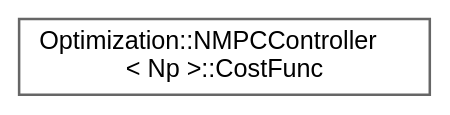
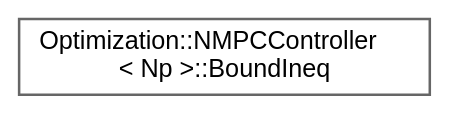
Before and after one commit to jswoo0615/Algorithms_for_Optimization_cpp: the diagram in inherit_graph_38.dot, drawn with Graphviz. The commit also changed 20 other files, not shown here.

```diff
--- a/inherit_graph_38.dot
+++ b/inherit_graph_38.dot
@@ -1,9 +1,9 @@
 digraph "Graphical Class Hierarchy"
 {
  // LATEX_PDF_SIZE
   bgcolor="transparent";
   edge [fontname=Helvetica,fontsize=10,labelfontname=Helvetica,labelfontsize=10];
   node [fontname=Helvetica,fontsize=10,shape=box,height=0.2,width=0.4];
   rankdir="LR";
-  Node0 [id="Node000000",label="Optimization::NMPCController\l\< Np \>::CostFunc",height=0.2,width=0.4,color="grey40", fillcolor="white", style="filled",URL="$structOptimization_1_1NMPCController_1_1CostFunc.html",tooltip=" "];
+  Node0 [id="Node000000",label="Optimization::NMPCController\l\< Np \>::BoundIneq",height=0.2,width=0.4,color="grey40", fillcolor="white", style="filled",URL="$structOptimization_1_1NMPCController_1_1BoundIneq.html",tooltip=" "];
 }
```
